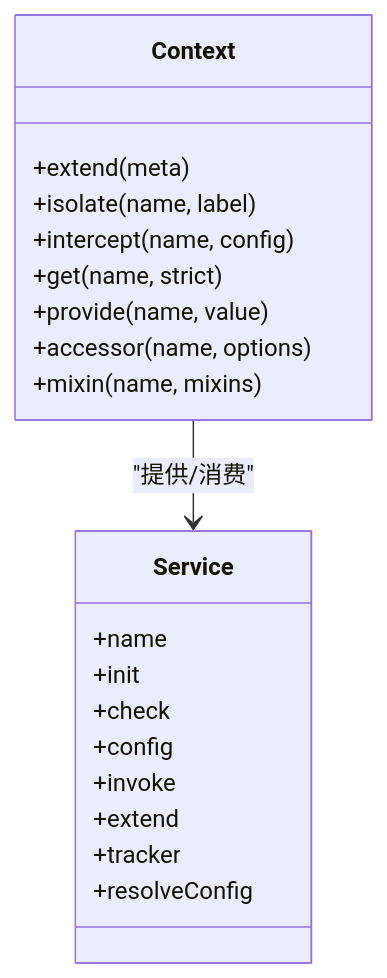
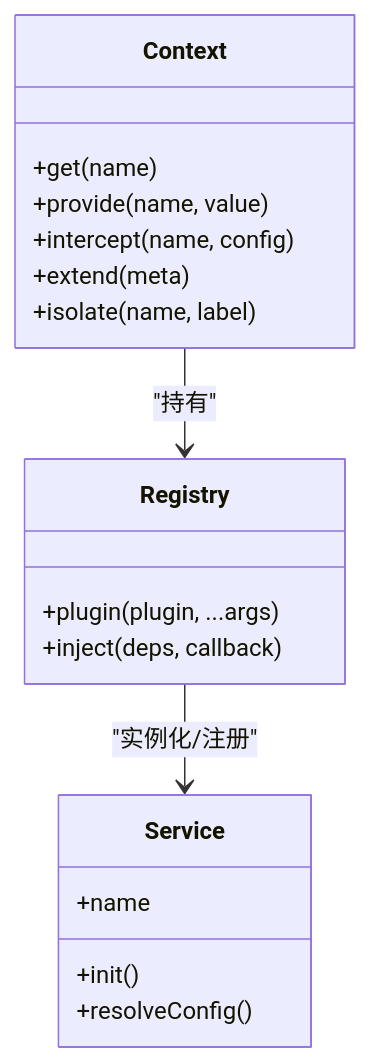
The fourth of 7 diagrams in .qoder/repowiki/zh/content/架构设计/插件系统.md (frendyxzc/deepseek-harness), drawn with Mermaid before and after one commit. The commit also changed other lines of this file and 448 other files, not shown here.

````diff
--- a/.qoder/repowiki/zh/content/架构设计/插件系统.md
+++ b/.qoder/repowiki/zh/content/架构设计/插件系统.md
@@ -127,23 +132,21 @@
 ```mermaid
 classDiagram
 class Context {
++get(name)
++provide(name, value)
++intercept(name, config)
 +extend(meta)
 +isolate(name, label)
-+intercept(name, config)
-+get(name, strict)
-+provide(name, value)
-+accessor(name, options)
-+mixin(name, mixins)
+}
+class Registry {
++plugin(plugin, ...args)
++inject(deps, callback)
 }
 class Service {
 +name
-+init
-+check
-+config
-+invoke
-+extend
-+tracker
-+resolveConfig
++init()
++resolveConfig()
 }
-Context --> Service : "提供/消费"
+Context --> Registry : "持有"
+Registry --> Service : "实例化/注册"
 ```
````
